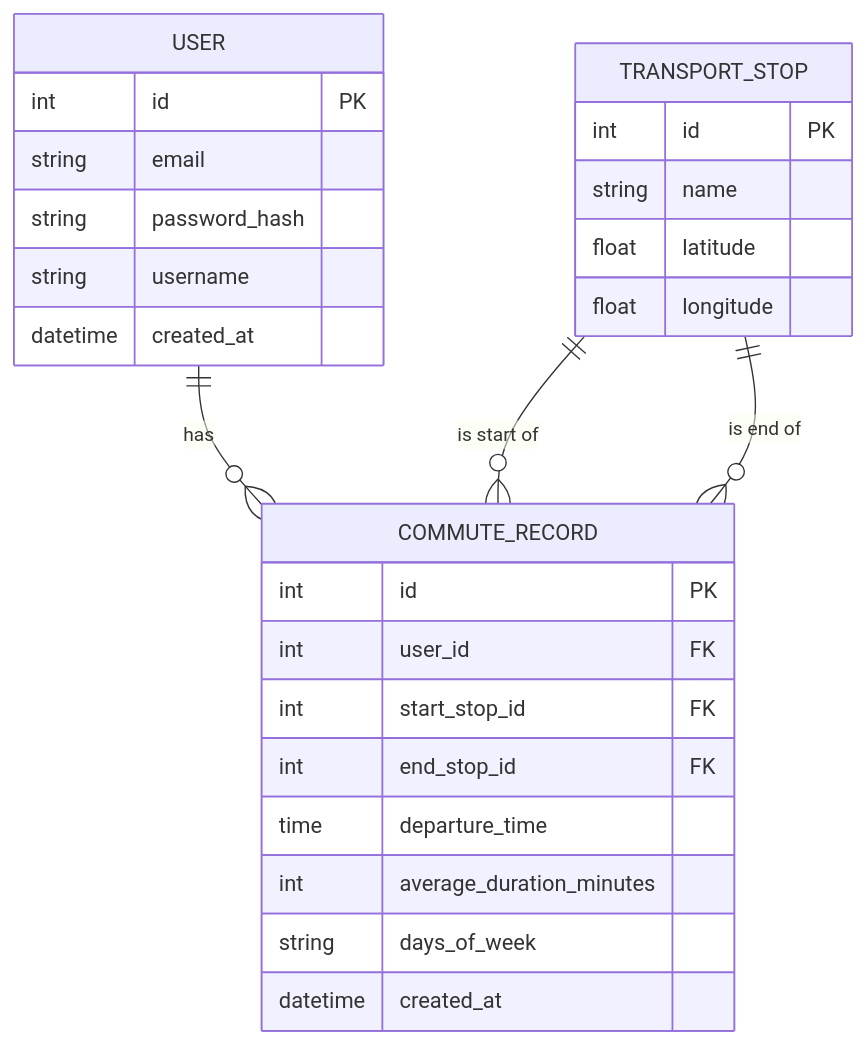
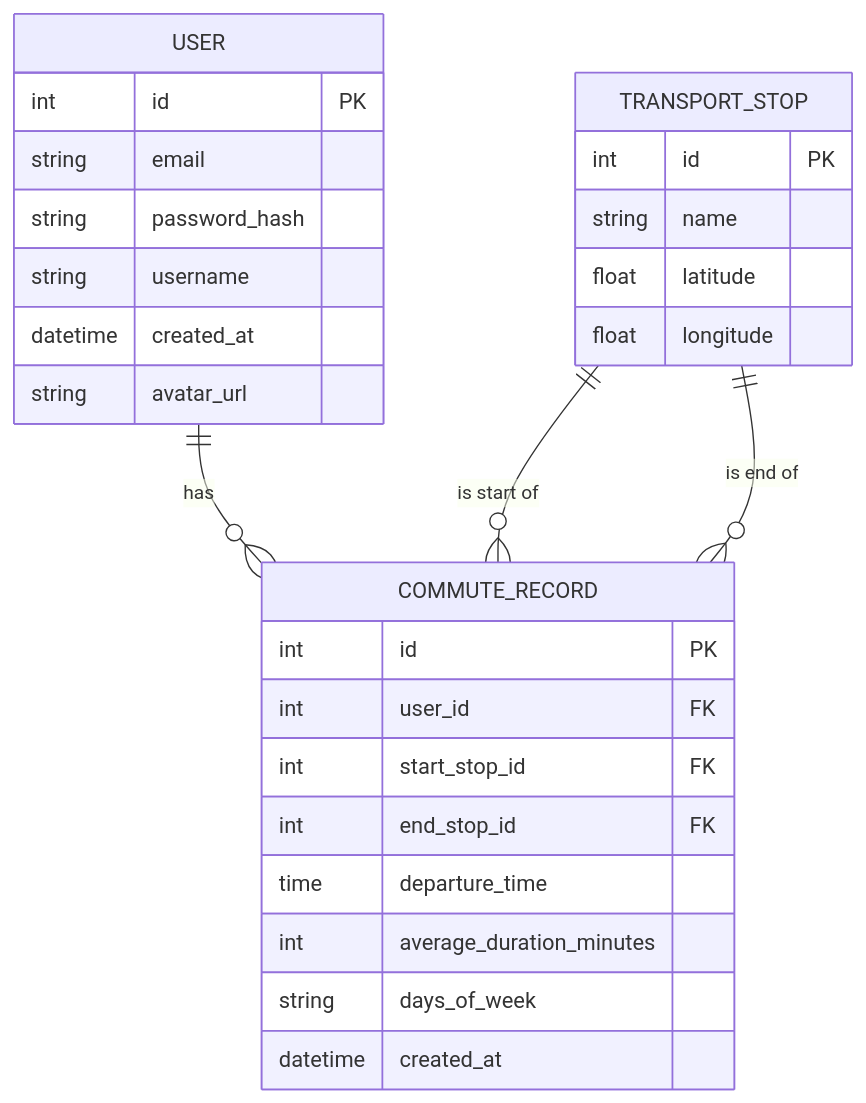
One commit to JlCln/commutecalc changed the diagram in README.md. Above: the diagram before and after it, drawn with Mermaid. The commit also changed other lines of this file, not shown here.

````diff
--- a/README.md
+++ b/README.md
@@ -49,29 +49,30 @@
 ```mermaid
 erDiagram
     USER {
         int id PK
         string email
         string password_hash
         string username
         datetime created_at
+        string avatar_url
     }
     TRANSPORT_STOP {
         int id PK
         string name
         float latitude
         float longitude
     }
     COMMUTE_RECORD {
         int id PK
         int user_id FK
         int start_stop_id FK
         int end_stop_id FK
         time departure_time
         int average_duration_minutes
         string days_of_week
         datetime created_at
     }
     USER ||--o{ COMMUTE_RECORD : has
     TRANSPORT_STOP ||--o{ COMMUTE_RECORD : "is start of"
     TRANSPORT_STOP ||--o{ COMMUTE_RECORD : "is end of"
 ```
````
